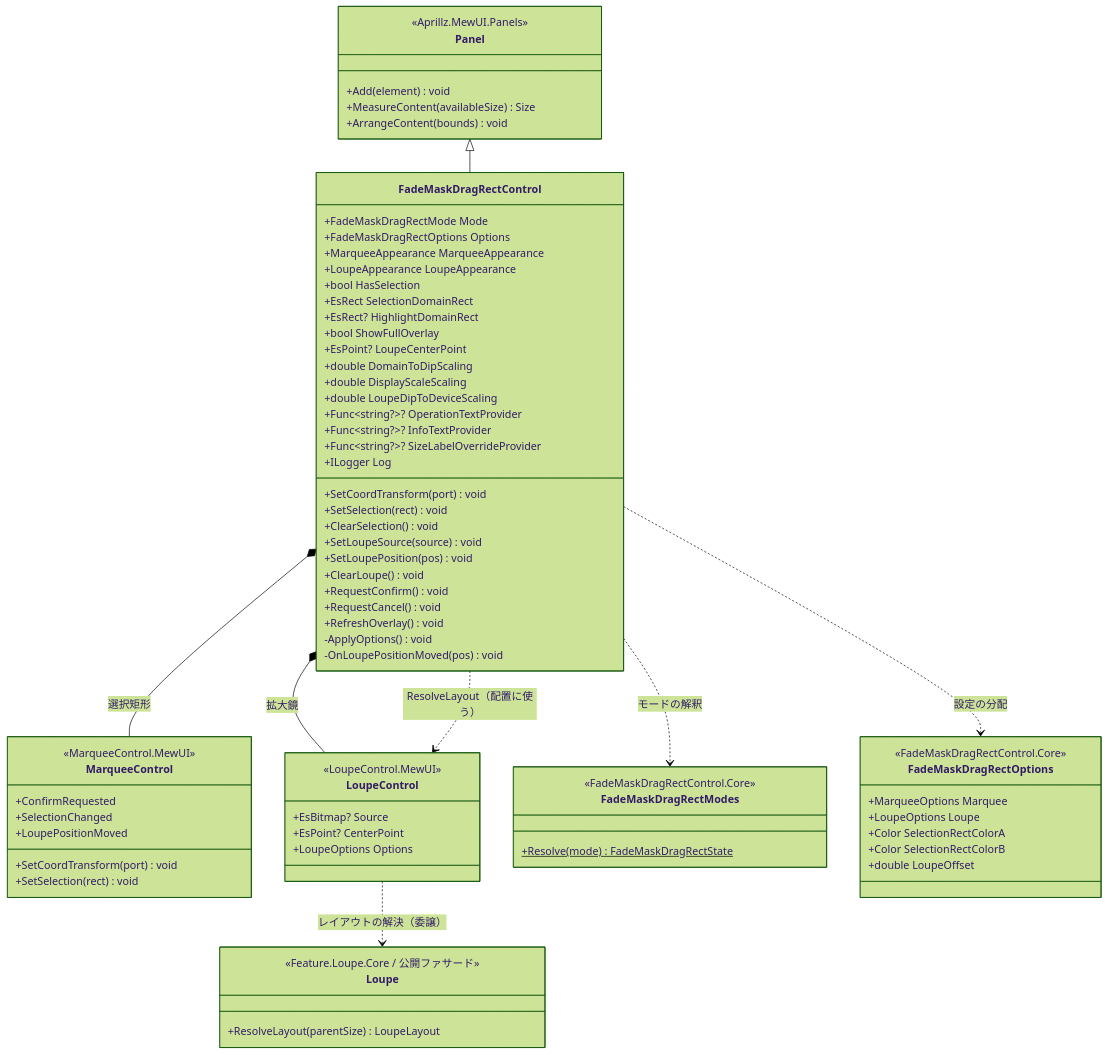
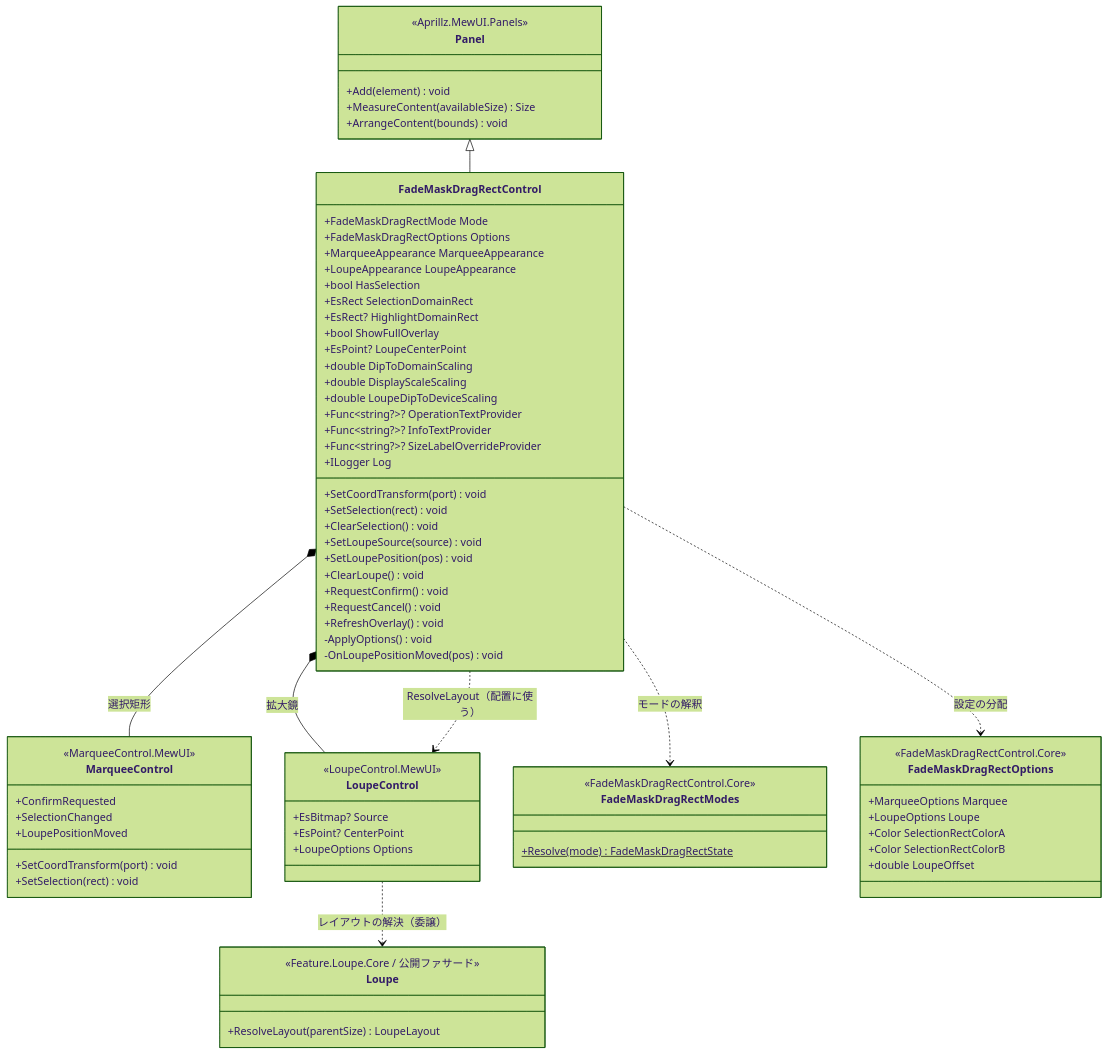
The first of 4 diagrams in src/FadeMaskDragRectControl.MewUI/SPEC_System.md (tomokuni/SaveEvidence), drawn with Mermaid (forest theme) before and after one commit. The commit also changed other lines of this file and 32 other files, not shown here.

````diff
--- a/src/FadeMaskDragRectControl.MewUI/SPEC_System.md
+++ b/src/FadeMaskDragRectControl.MewUI/SPEC_System.md
@@ -94,76 +94,76 @@
 ```mermaid
 classDiagram
     class Panel {
         <<Aprillz.MewUI.Panels>>
         +Add(element) void
         +MeasureContent(availableSize) Size
         +ArrangeContent(bounds) void
     }
     class FadeMaskDragRectControl {
         +FadeMaskDragRectMode Mode
         +FadeMaskDragRectOptions Options
         +MarqueeAppearance MarqueeAppearance
         +LoupeAppearance LoupeAppearance
         +bool HasSelection
         +EsRect SelectionDomainRect
         +EsRect? HighlightDomainRect
         +bool ShowFullOverlay
         +EsPoint? LoupeCenterPoint
-        +double DomainToDipScaling
+        +double DipToDomainScaling
         +double DisplayScaleScaling
         +double LoupeDipToDeviceScaling
         +Func~string?~? OperationTextProvider
         +Func~string?~? InfoTextProvider
         +Func~string?~? SizeLabelOverrideProvider
         +ILogger Log
         +SetCoordTransform(port) void
         +SetSelection(rect) void
         +ClearSelection() void
         +SetLoupeSource(source) void
         +SetLoupePosition(pos) void
         +ClearLoupe() void
         +RequestConfirm() void
         +RequestCancel() void
         +RefreshOverlay() void
         -ApplyOptions() void
         -OnLoupePositionMoved(pos) void
     }
     class MarqueeControl {
         <<MarqueeControl.MewUI>>
         +SetCoordTransform(port) void
         +SetSelection(rect) void
         +ConfirmRequested
         +SelectionChanged
         +LoupePositionMoved
     }
     class LoupeControl {
         <<LoupeControl.MewUI>>
         +EsBitmap? Source
         +EsPoint? CenterPoint
         +LoupeOptions Options
     }
     class FadeMaskDragRectModes {
         <<FadeMaskDragRectControl.Core>>
         +Resolve(mode)$ FadeMaskDragRectState
     }
     class FadeMaskDragRectOptions {
         <<FadeMaskDragRectControl.Core>>
         +MarqueeOptions Marquee
         +LoupeOptions Loupe
         +Color SelectionRectColorA
         +Color SelectionRectColorB
         +double LoupeOffset
     }
     class Loupe {
         <<Feature.Loupe.Core / 公開ファサード>>
         +ResolveLayout(parentSize) LoupeLayout
     }
 
     Panel <|-- FadeMaskDragRectControl
     FadeMaskDragRectControl *-- MarqueeControl : 選択矩形
     FadeMaskDragRectControl *-- LoupeControl : 拡大鏡
     FadeMaskDragRectControl ..> FadeMaskDragRectModes : モードの解釈
     FadeMaskDragRectControl ..> FadeMaskDragRectOptions : 設定の分配
     LoupeControl ..> Loupe : レイアウトの解決（委譲）
     FadeMaskDragRectControl ..> LoupeControl : ResolveLayout（配置に使う）
 ```
````
